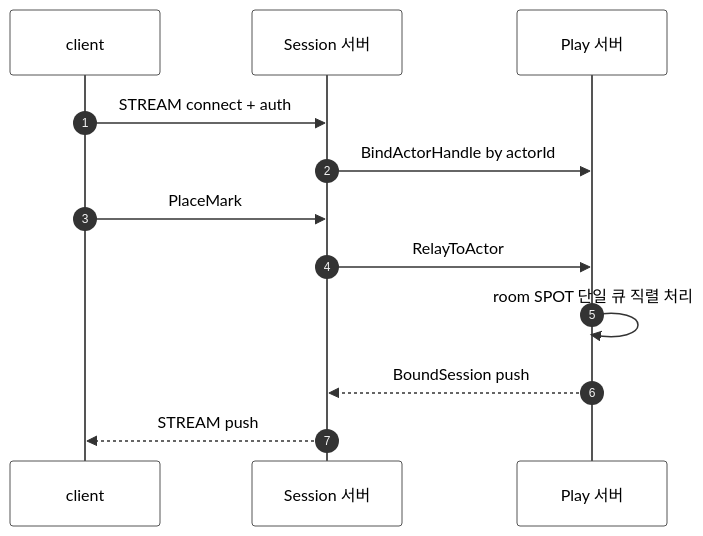
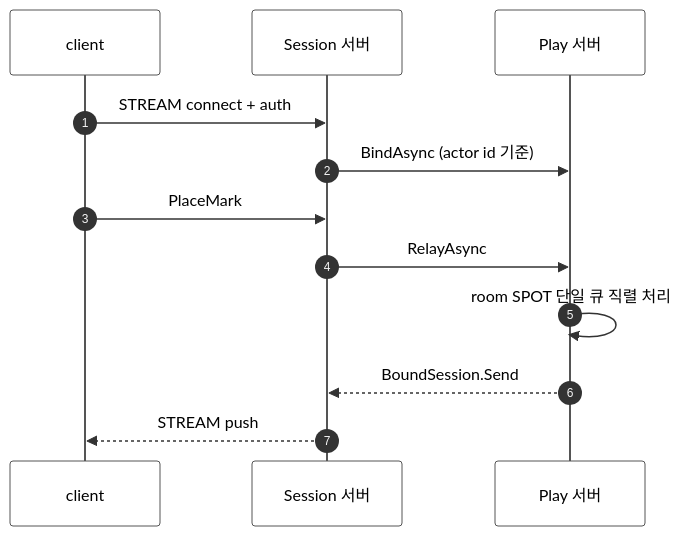
Before and after one commit to kairos-code-dev/zlink: the second of 2 diagrams in framework/doc/framework/dotnet/guide/case-studies/15-case-realtime-game.ko.md, drawn with Mermaid. The commit also changed other lines of this file, not shown here.

Commit message:
docs(framework): dotnet/case-studies/15-realtime-game codex 리뷰 반영 — 로드맵/시퀀스 API명 정정
원칙10: 언어별 진행상태("C++/Java/Node 1차 개발 중") 제거.
축2: 시퀀스 다이어그램의 실재하지 않는 API명 정정 — BindActorHandle→BindAsync,
RelayToActor→RelayAsync, BoundSession push→BoundSession.Send
(IZLinkSession.cs:50, IZLinkSessionActor.cs:18, BoundSessionContracts.cs:5).
다른 Session 서버 재접속 멤버십 유지(high)는 cross-node 설계 모델 vs 구현 판단,
BindAsync "재접속 멱등"은 GetOrCreateAsync(actor-id 멱등) 근거라 보류.
nav 제목 "디스패치" 음차는 기계 생성 nav라 보류.

````diff
--- a/framework/doc/framework/dotnet/guide/case-studies/15-case-realtime-game.ko.md
+++ b/framework/doc/framework/dotnet/guide/case-studies/15-case-realtime-game.ko.md
@@ -235,15 +234,15 @@
 ```mermaid
 sequenceDiagram
 %%{init: {'theme': 'base', 'themeVariables': {'signalTextColor': '#000000', 'actorTextColor': '#000000', 'noteTextColor': '#000000', 'actorBkg': '#ffffff', 'actorBorder': '#555555', 'activationBorderColor': '#555555'}}}%%
   autonumber
   participant C as client
   participant S as Session 서버
   participant P as Play 서버
   C->>S: STREAM connect + auth
-  S->>P: BindActorHandle by actorId
+  S->>P: BindAsync (actor id 기준)
   C->>S: PlaceMark
-  S->>P: RelayToActor
+  S->>P: RelayAsync
   P->>P: room SPOT 단일 큐 직렬 처리
-  P-->>S: BoundSession push
+  P-->>S: BoundSession.Send
   S-->>C: STREAM push
 ```
````
